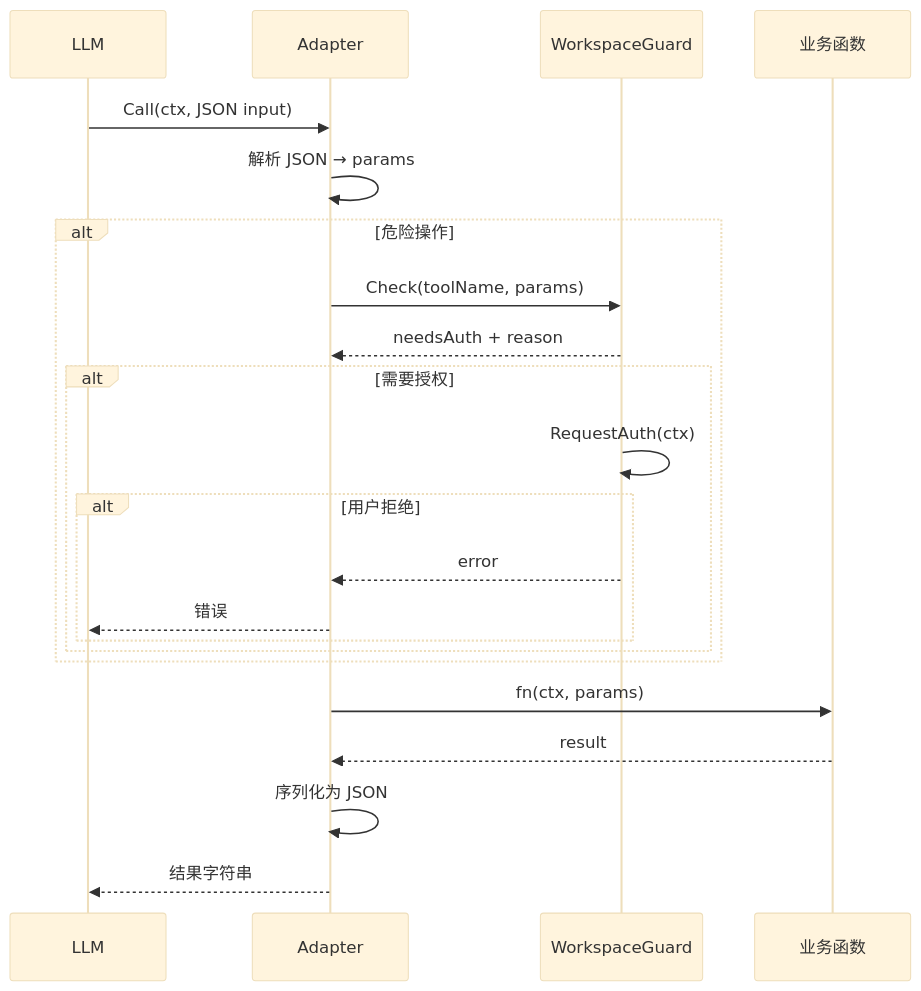
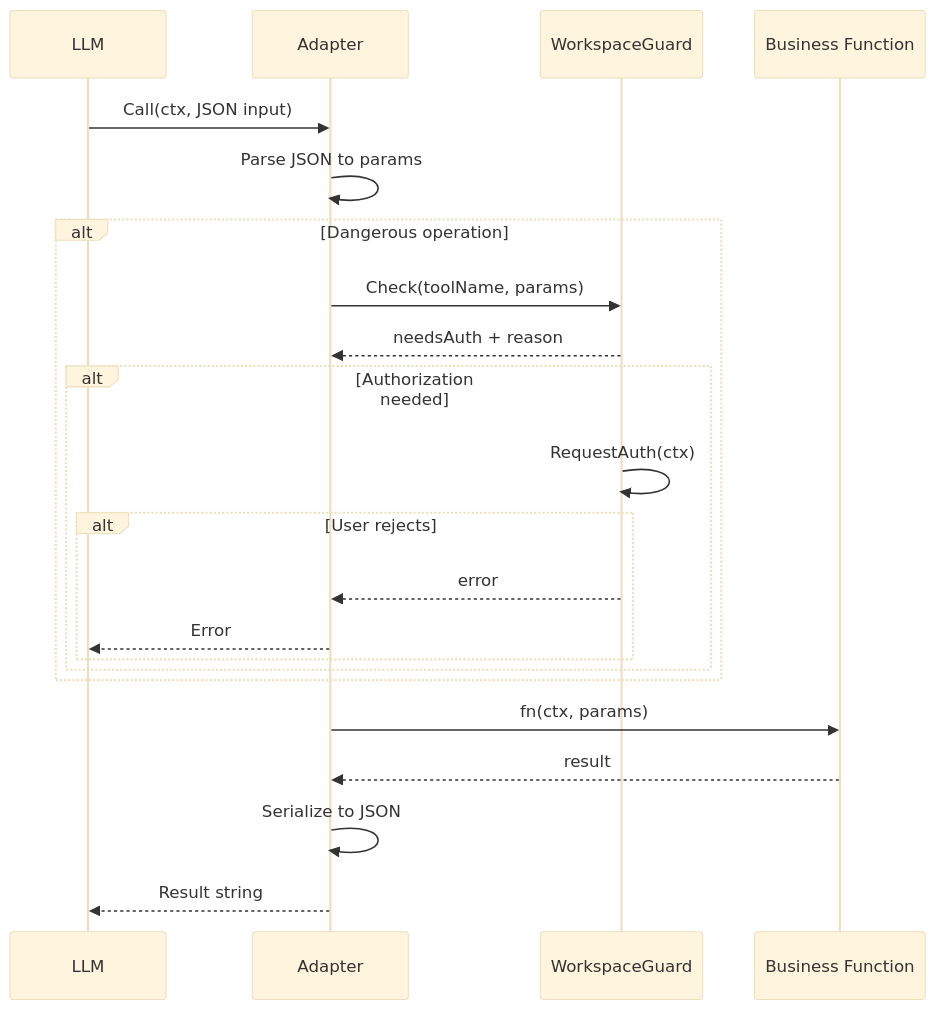
One commit to iohub/Yagent changed the fifth of 10 diagrams in docs/ARCHITECTURE.md. Above: the diagram before and after it, drawn with Mermaid (base theme). The commit also changed other lines of this file, not shown here.

First line of the commit message:
docs(architecture): rewrite Chinese arch doc to match English v2.0.0

````diff
--- a/docs/ARCHITECTURE.md
+++ b/docs/ARCHITECTURE.md
@@ -539,25 +643,25 @@
 ```mermaid
 sequenceDiagram
     participant LLM as LLM
     participant ADP as Adapter
     participant GUARD as WorkspaceGuard
-    participant FN as 业务函数
+    participant FN as Business Function
 
     LLM->>ADP: Call(ctx, JSON input)
-    ADP->>ADP: 解析 JSON → params
-    alt 危险操作
+    ADP->>ADP: Parse JSON to params
+    alt Dangerous operation
         ADP->>GUARD: Check(toolName, params)
         GUARD-->>ADP: needsAuth + reason
-        alt 需要授权
+        alt Authorization needed
             GUARD->>GUARD: RequestAuth(ctx)
-            alt 用户拒绝
+            alt User rejects
                 GUARD-->>ADP: error
-                ADP-->>LLM: 错误
+                ADP-->>LLM: Error
             end
         end
     end
     ADP->>FN: fn(ctx, params)
     FN-->>ADP: result
-    ADP->>ADP: 序列化为 JSON
-    ADP-->>LLM: 结果字符串
+    ADP->>ADP: Serialize to JSON
+    ADP-->>LLM: Result string
 ```
````
